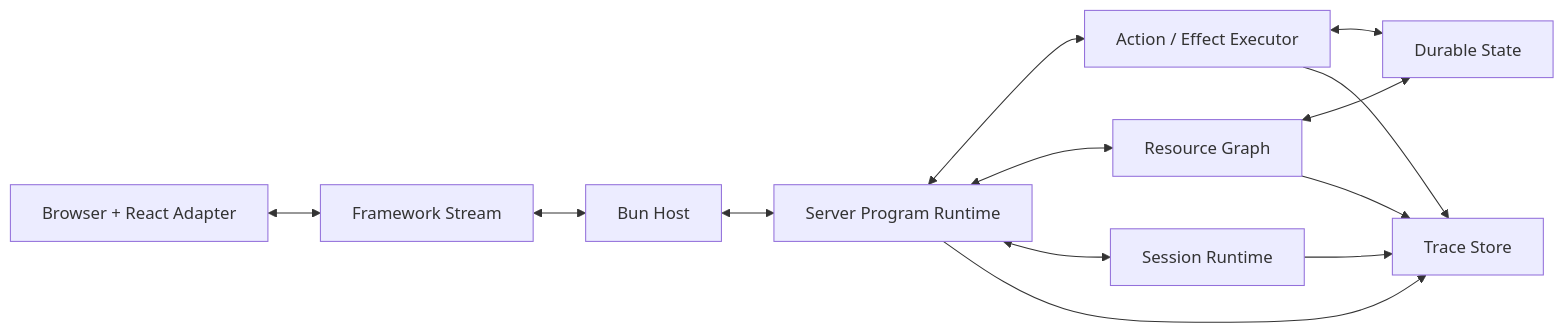
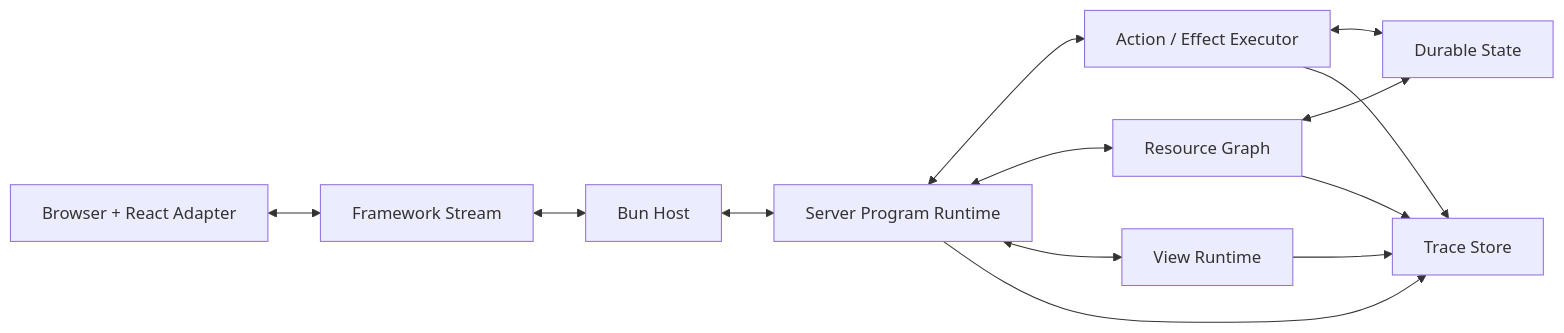
The diagram in docs/design/runtime.md (rzxx/stupid-fp-framework), drawn with Mermaid before and after one commit. The commit also changed other lines of this file and 32 other files, not shown here.

````diff
--- a/docs/design/runtime.md
+++ b/docs/design/runtime.md
@@ -9,25 +9,25 @@
 ```mermaid
 flowchart LR
   Browser["Browser + React Adapter"]
   Stream["Framework Stream"]
   Bun["Bun Host"]
   Runtime["Server Program Runtime"]
   Actions["Action / Effect Executor"]
   Resources["Resource Graph"]
-  Sessions["Session Runtime"]
+  Views["View Runtime"]
   Trace["Trace Store"]
   Durable["Durable State"]
 
   Browser <--> Stream
   Stream <--> Bun
   Bun <--> Runtime
   Runtime <--> Actions
   Runtime <--> Resources
-  Runtime <--> Sessions
+  Runtime <--> Views
   Actions <--> Durable
   Resources <--> Durable
   Runtime --> Trace
   Actions --> Trace
   Resources --> Trace
-  Sessions --> Trace
+  Views --> Trace
 ```
````
